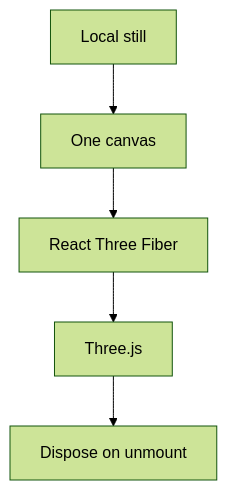
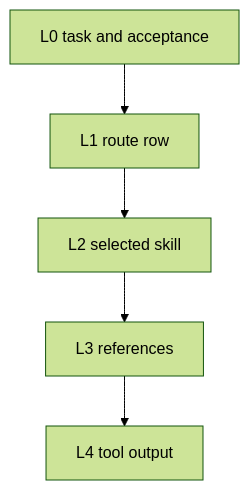
One commit to mahik504/orchestra-workflow changed the seventh of 8 diagrams in README.md. Above: the diagram before and after it, drawn with Mermaid (forest theme). The commit also changed other lines of this file and 312 other files, not shown here.

````diff
--- a/README.md
+++ b/README.md
@@ -230,9 +83,9 @@
 ```mermaid
-flowchart TD
-  still[Local still]
-  canvas[One canvas]
-  fiber[React Three Fiber]
-  renderer[Three.js]
-  dispose[Dispose on unmount]
-  still --> canvas --> fiber --> renderer --> dispose
+flowchart TB
+  l0[L0 task and acceptance]
+  l1[L1 route row]
+  l2[L2 selected skill]
+  l3[L3 references]
+  l4[L4 tool output]
+  l0 --> l1 --> l2 --> l3 --> l4
 ```
````
